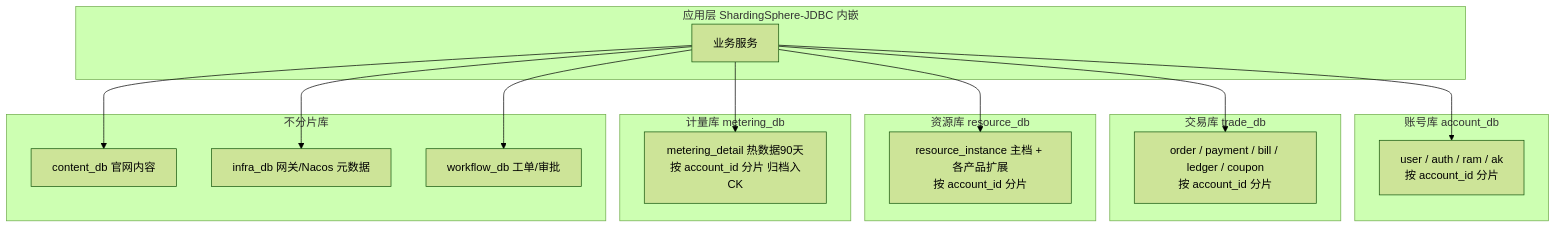
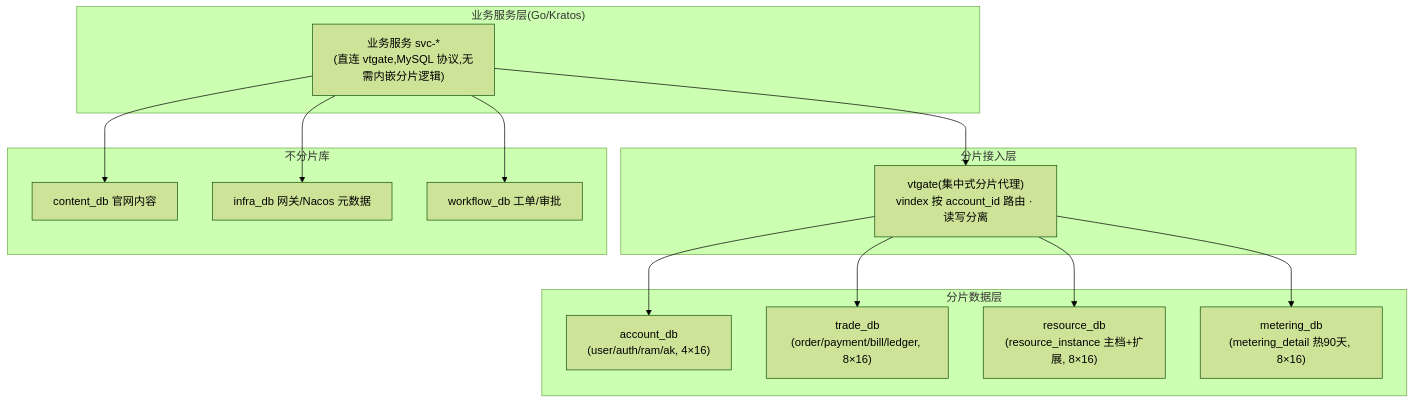
One commit to qifalab/euler-platform changed the fourth of 7 diagrams in docs/architecture/04-middleware-infrastructure.md. Above: the diagram before and after it, drawn with Mermaid (forest theme). The commit also changed other lines of this file and 318 other files, not shown here.

````diff
--- a/docs/architecture/04-middleware-infrastructure.md
+++ b/docs/architecture/04-middleware-infrastructure.md
@@ -609,30 +609,28 @@
 ```mermaid
 flowchart TB
-    subgraph "应用层 ShardingSphere-JDBC 内嵌"
-        APP[业务服务]
+    subgraph "业务服务层(Go/Kratos)"
+        APP["业务服务 svc-*<br/>(直连 vtgate,MySQL 协议,无需内嵌分片逻辑)"]
     end
-    subgraph "账号库 account_db"
-        A1[user / auth / ram / ak<br/>按 account_id 分片]
+    subgraph "分片接入层"
+        VTGATE["vtgate(集中式分片代理)<br/>vindex 按 account_id 路由 · 读写分离"]
     end
-    subgraph "交易库 trade_db"
-        T1[order / payment / bill / ledger / coupon<br/>按 account_id 分片]
-    end
-    subgraph "资源库 resource_db"
-        R1[resource_instance 主档 + 各产品扩展<br/>按 account_id 分片]
-    end
-    subgraph "计量库 metering_db"
-        M1[metering_detail 热数据90天<br/>按 account_id 分片 归档入CK]
+    subgraph "分片数据层"
+        A1["account_db<br/>(user/auth/ram/ak, 4×16)"]
+        T1["trade_db<br/>(order/payment/bill/ledger, 8×16)"]
+        R1["resource_db<br/>(resource_instance 主档+扩展, 8×16)"]
+        M1["metering_db<br/>(metering_detail 热90天, 8×16)"]
     end
     subgraph "不分片库"
         C1[content_db 官网内容]
         C2[infra_db 网关/Nacos 元数据]
         C3[workflow_db 工单/审批]
     end
-    APP --> A1
-    APP --> T1
-    APP --> R1
-    APP --> M1
+    APP --> VTGATE
+    VTGATE --> A1
+    VTGATE --> T1
+    VTGATE --> R1
+    VTGATE --> M1
     APP --> C1
     APP --> C2
     APP --> C3
 ```
````
